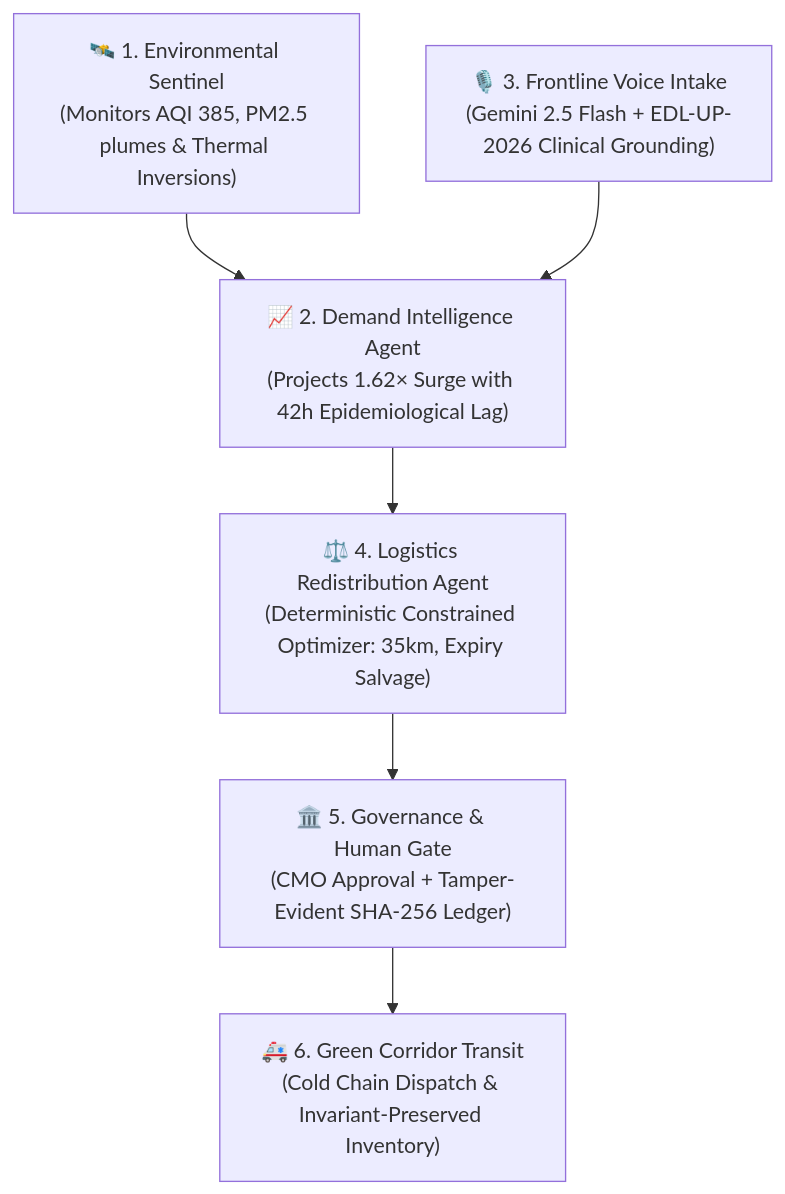
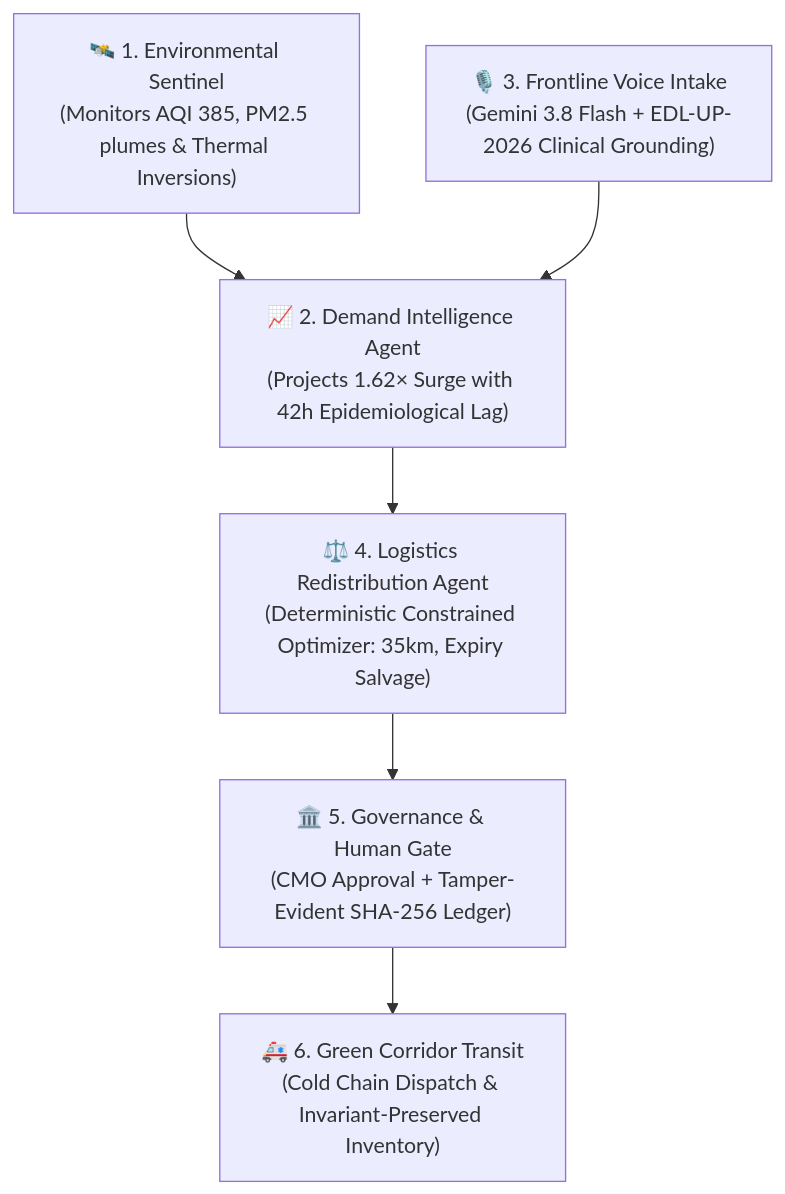
One commit to Ritesh-Root/aarogya-vayu changed the first of 2 diagrams in README.md. Above: the diagram before and after it, drawn with Mermaid. The commit also changed other lines of this file and 4 other files, not shown here.

Commit message:
Default to Gemini 3.8 Flash; update model labels

````diff
--- a/README.md
+++ b/README.md
@@ -55,8 +55,8 @@
 ```mermaid
 graph TD
     A["🛰️ 1. Environmental Sentinel<br/>(Monitors AQI 385, PM2.5 plumes & Thermal Inversions)"] --> B["📈 2. Demand Intelligence Agent<br/>(Projects 1.62× Surge with 42h Epidemiological Lag)"]
-    C["🎙️ 3. Frontline Voice Intake<br/>(Gemini 2.5 Flash + EDL-UP-2026 Clinical Grounding)"] --> B
+    C["🎙️ 3. Frontline Voice Intake<br/>(Gemini 3.8 Flash + EDL-UP-2026 Clinical Grounding)"] --> B
     B --> D["⚖️ 4. Logistics Redistribution Agent<br/>(Deterministic Constrained Optimizer: 35km, Expiry Salvage)"]
     D --> E["🏛️ 5. Governance & Human Gate<br/>(CMO Approval + Tamper-Evident SHA-256 Ledger)"]
     E --> F["🚑 6. Green Corridor Transit<br/>(Cold Chain Dispatch & Invariant-Preserved Inventory)"]
 ```
````
